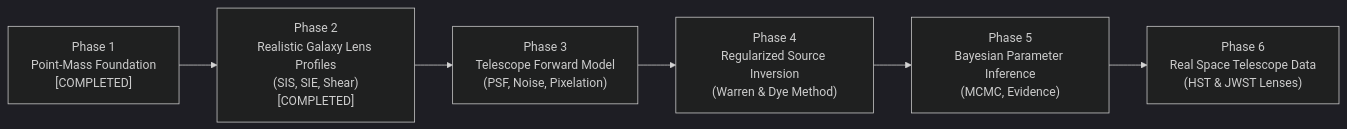
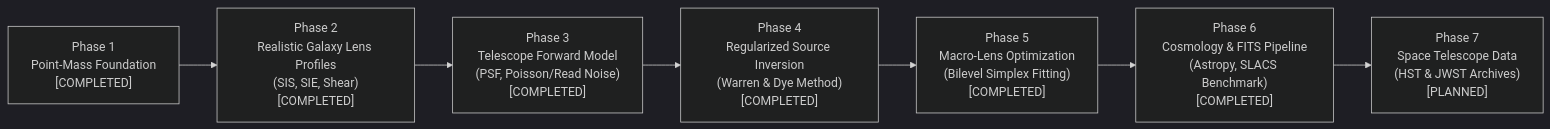
One commit to yetarnishedmpj/lensforge changed the diagram in docs/development_roadmap.md. Above: the diagram before and after it, drawn with Mermaid (dark theme). The commit also changed other lines of this file and 30 other files, not shown here.

Commit message:
feat: implement research-grade cosmology, FITS pipeline, macro-lens optimizer, and SLACS benchmark

````diff
--- a/docs/development_roadmap.md
+++ b/docs/development_roadmap.md
@@ -9,8 +9,9 @@
 ```mermaid
 flowchart LR
     P1["Phase 1\nPoint-Mass Foundation\n[COMPLETED]"] --> P2["Phase 2\nRealistic Galaxy Lens Profiles\n(SIS, SIE, Shear)\n[COMPLETED]"]
-    P2 --> P3["Phase 3\nTelescope Forward Model\n(PSF, Noise, Pixelation)"]
-    P3 --> P4["Phase 4\nRegularized Source Inversion\n(Warren & Dye Method)"]
-    P4 --> P5["Phase 5\nBayesian Parameter Inference\n(MCMC, Evidence)"]
-    P5 --> P6["Phase 6\nReal Space Telescope Data\n(HST & JWST Lenses)"]
+    P2 --> P3["Phase 3\nTelescope Forward Model\n(PSF, Poisson/Read Noise)\n[COMPLETED]"]
+    P3 --> P4["Phase 4\nRegularized Source Inversion\n(Warren & Dye Method)\n[COMPLETED]"]
+    P4 --> P5["Phase 5\nMacro-Lens Optimization\n(Bilevel Simplex Fitting)\n[COMPLETED]"]
+    P5 --> P6["Phase 6\nCosmology & FITS Pipeline\n(Astropy, SLACS Benchmark)\n[COMPLETED]"]
+    P6 --> P7["Phase 7\nSpace Telescope Data\n(HST & JWST Archives)\n[PLANNED]"]
 ```
````
